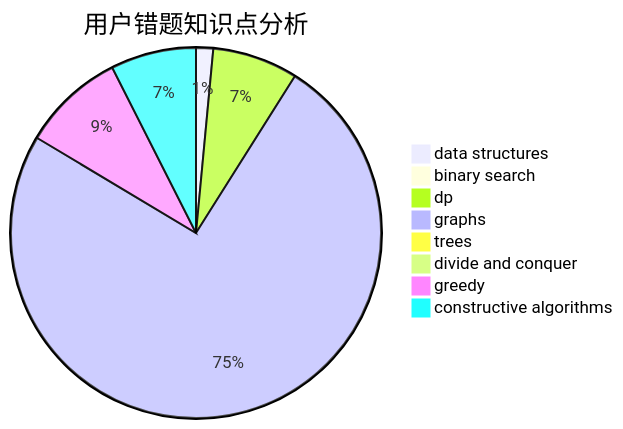
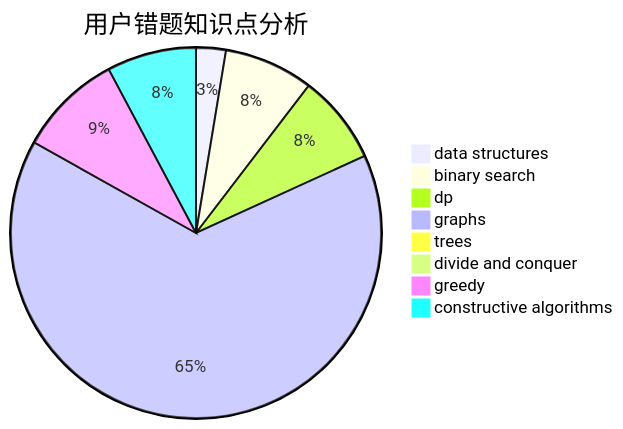
The third of 3 diagrams in docs/user/u2447.md (sherpahu/cfrs.github.io), drawn with Mermaid before and after one commit. The commit also changed other lines of this file and 2770 other files, not shown here.

````diff
--- a/docs/user/u2447.md
+++ b/docs/user/u2447.md
@@ -36,11 +36,11 @@
 ```mermaid
 pie title 用户错题知识点分析
-    "data structures" :  1
-    "binary search" :  0
-    "dp" :  5
+    "data structures" :  2
+    "binary search" :  6
+    "dp" :  6
     "graphs" :  50
     "trees" :  0
     "divide and conquer" :  0
-    "greedy" :  6
-    "constructive algorithms" :  5
+    "greedy" :  7
+    "constructive algorithms" :  6
 ```
````
